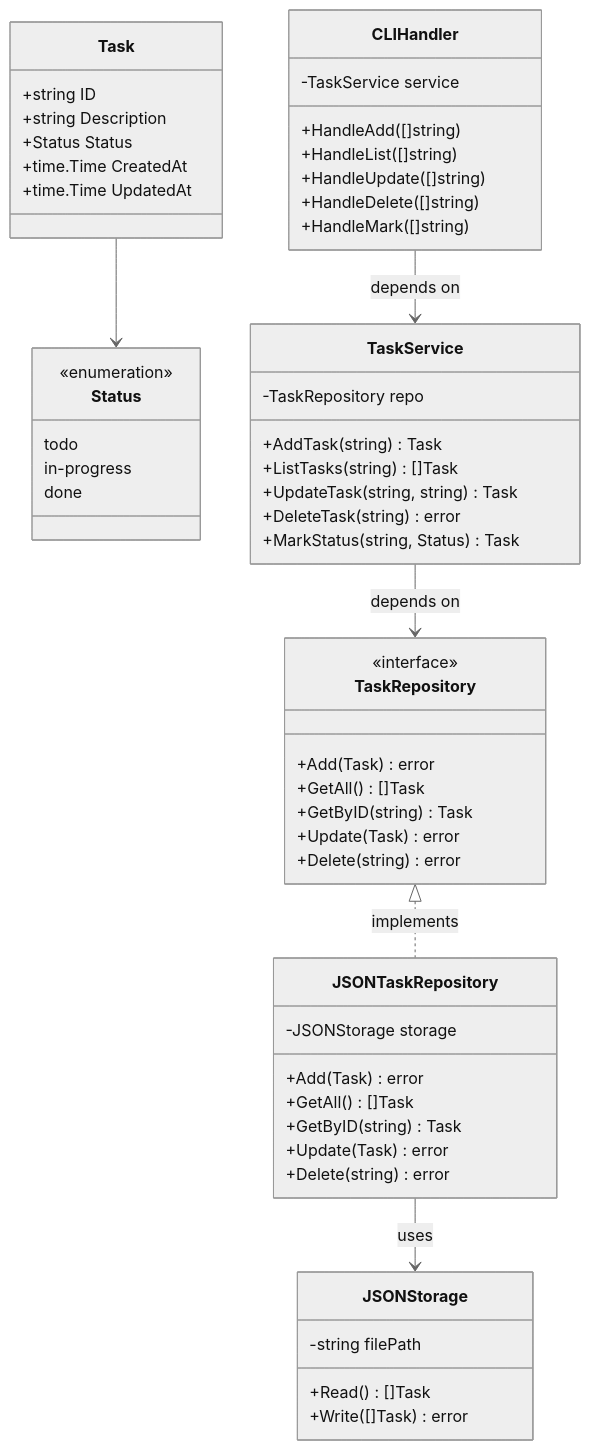
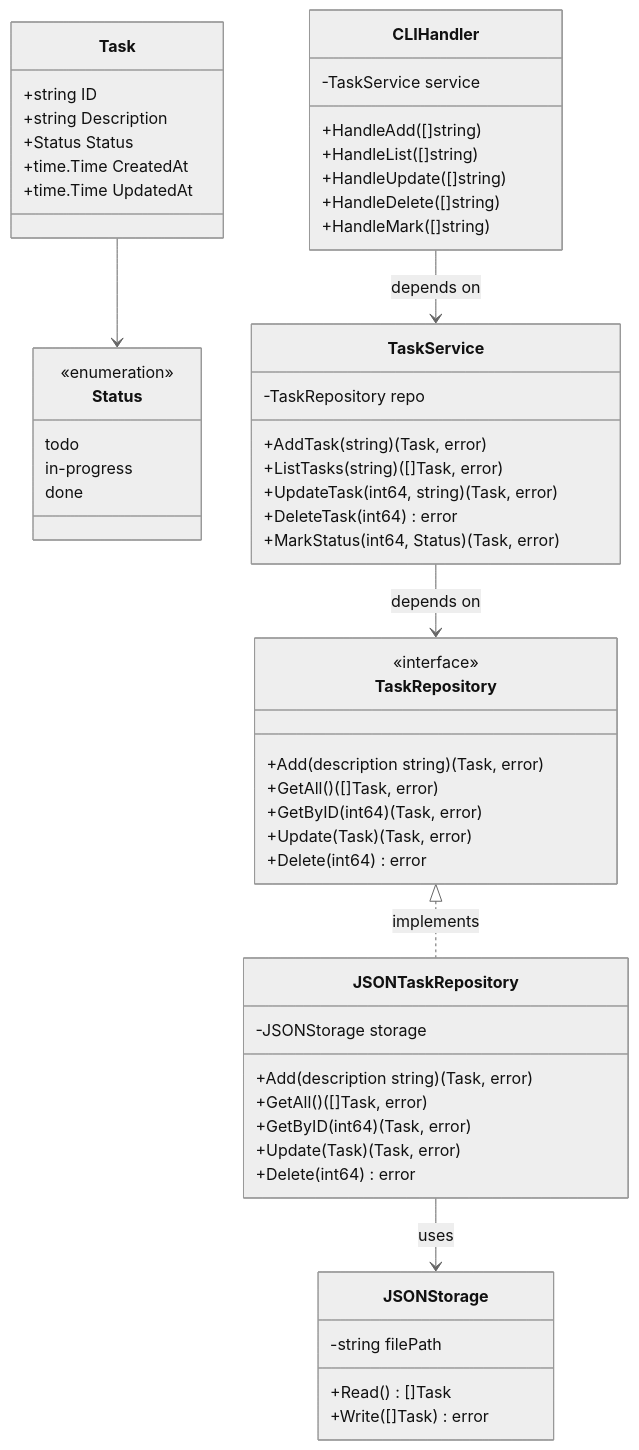
Before and after one commit to mmk31585/task-cli: the second of 10 diagrams in docs/software-design-document.md, drawn with Mermaid (neutral theme). The commit also changed other lines of this file and 5 other files, not shown here.

````diff
--- a/docs/software-design-document.md
+++ b/docs/software-design-document.md
@@ -586,65 +586,65 @@
 ```mermaid
 classDiagram
     class Task {
         +string ID
         +string Description
         +Status Status
         +time.Time CreatedAt
         +time.Time UpdatedAt
     }
 
     class Status {
         <<enumeration>>
         todo
         in-progress
         done
     }
 
     class TaskRepository {
         <<interface>>
-        +Add(Task) error
-        +GetAll() []Task
-        +GetByID(string) Task
-        +Update(Task) error
-        +Delete(string) error
+        +Add(description string) (Task, error)
+        +GetAll() ([]Task, error)
+        +GetByID(int64) (Task, error)
+        +Update(Task) (Task, error)
+        +Delete(int64) error
     }
 
     class JSONTaskRepository {
         -JSONStorage storage
-        +Add(Task) error
-        +GetAll() []Task
-        +GetByID(string) Task
-        +Update(Task) error
-        +Delete(string) error
+        +Add(description string) (Task, error)
+        +GetAll() ([]Task, error)
+        +GetByID(int64) (Task, error)
+        +Update(Task) (Task, error)
+        +Delete(int64) error
     }
 
     class JSONStorage {
         -string filePath
         +Read() []Task
         +Write([]Task) error
     }
 
     class TaskService {
         -TaskRepository repo
-        +AddTask(string) Task
-        +ListTasks(string) []Task
-        +UpdateTask(string, string) Task
-        +DeleteTask(string) error
-        +MarkStatus(string, Status) Task
+        +AddTask(string) (Task, error)
+        +ListTasks(string) ([]Task, error)
+        +UpdateTask(int64, string) (Task, error)
+        +DeleteTask(int64) error
+        +MarkStatus(int64, Status) (Task, error)
     }
 
     class CLIHandler {
         -TaskService service
         +HandleAdd([]string)
         +HandleList([]string)
         +HandleUpdate([]string)
         +HandleDelete([]string)
         +HandleMark([]string)
     }
 
     TaskRepository <|.. JSONTaskRepository : implements
     JSONTaskRepository --> JSONStorage : uses
     TaskService --> TaskRepository : depends on
     CLIHandler --> TaskService : depends on
     Task --> Status
 ```
````
